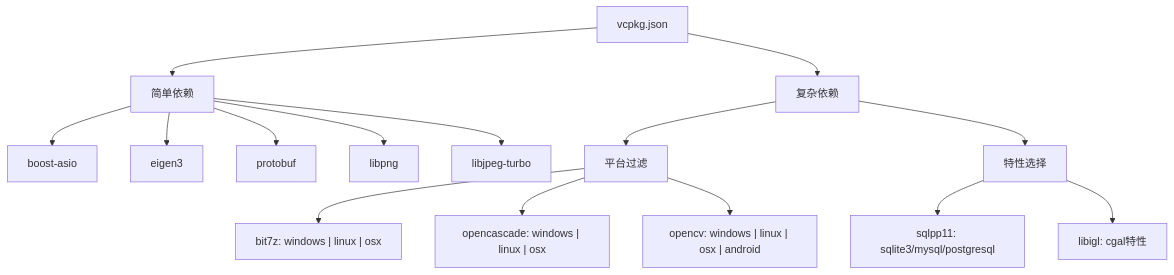
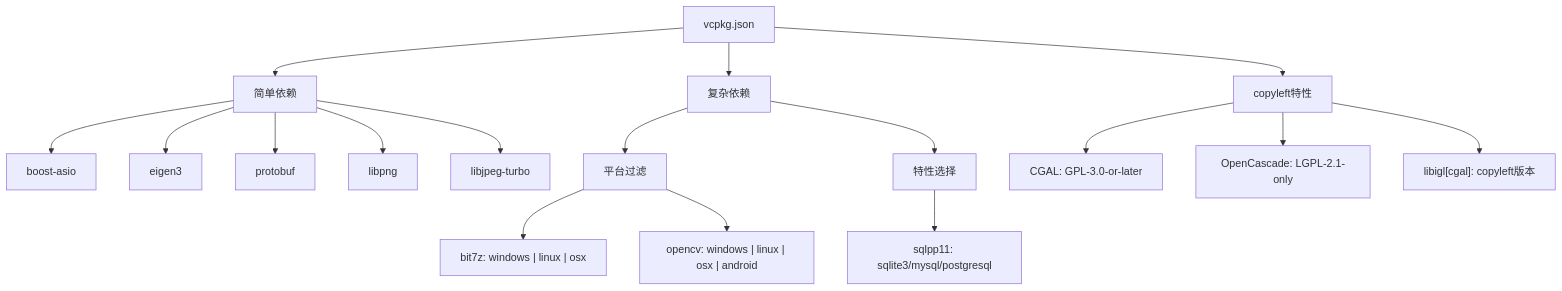
Before and after one commit to hsmbanlance/HsBaSlicer: the first of 10 diagrams in .qoder/repowiki/zh/content/构建与部署/依赖管理与 vcpkg 集成.md, drawn with Mermaid. The commit also changed other lines of this file and 11 other files, not shown here.

````diff
--- a/.qoder/repowiki/zh/content/构建与部署/依赖管理与 vcpkg 集成.md
+++ b/.qoder/repowiki/zh/content/构建与部署/依赖管理与 vcpkg 集成.md
@@ -45,17 +46,19 @@
 ```mermaid
 flowchart TD
 A[vcpkg.json] --> B[简单依赖]
 A --> C[复杂依赖]
-B --> D["boost-asio"]
-B --> E["eigen3"]
-B --> F["protobuf"]
-B --> G["libpng"]
-B --> H["libjpeg-turbo"]
-C --> I[平台过滤]
-C --> J[特性选择]
-I --> K["bit7z: windows | linux | osx"]
-I --> L["opencascade: windows | linux | osx"]
-I --> M["opencv: windows | linux | osx | android"]
-J --> N["sqlpp11: sqlite3/mysql/postgresql"]
-J --> O["libigl: cgal特性"]
+A --> D[copyleft特性]
+B --> E["boost-asio"]
+B --> F["eigen3"]
+B --> G["protobuf"]
+B --> H["libpng"]
+B --> I["libjpeg-turbo"]
+C --> J[平台过滤]
+C --> K[特性选择]
+J --> L["bit7z: windows | linux | osx"]
+J --> M["opencv: windows | linux | osx | android"]
+K --> N["sqlpp11: sqlite3/mysql/postgresql"]
+D --> O["CGAL: GPL-3.0-or-later"]
+D --> P["OpenCascade: LGPL-2.1-only"]
+D --> Q["libigl[cgal]: copyleft版本"]
 ```
````
